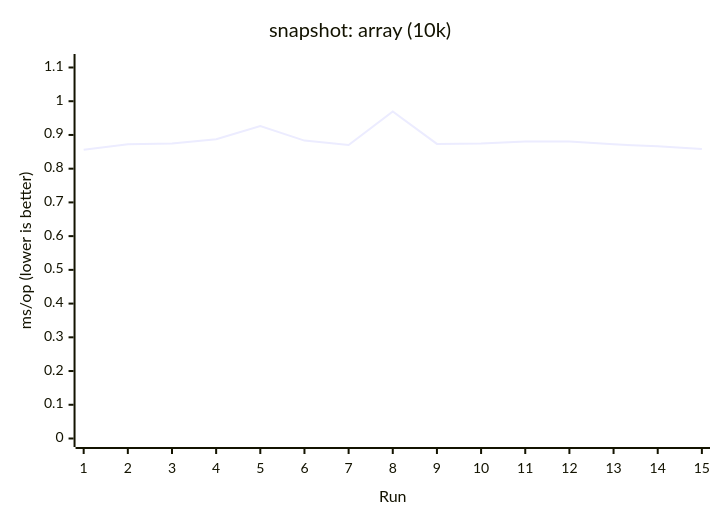
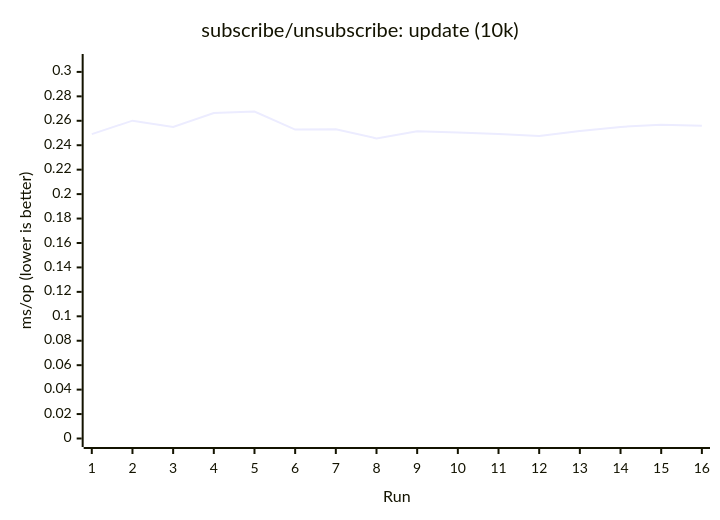
Before and after one commit to AIluffy/io: diagram 16 of 17 in apps/docs/src/content/docs/en/guides/benchmark.mdx, drawn with Mermaid. The commit also changed other lines of this file and 25 other files, not shown here.

````diff
--- a/apps/docs/src/content/docs/en/guides/benchmark.mdx
+++ b/apps/docs/src/content/docs/en/guides/benchmark.mdx
@@ -403,7 +404,7 @@
 ```mermaid
 xychart-beta
-  title "snapshot: array (10k)"
-  x-axis "Run" [1, 2, 3, 4, 5, 6, 7, 8, 9, 10, 11, 12, 13, 14, 15]
-  y-axis "ms/op (lower is better)" 0 --> 1.1148
-  line [0.8558, 0.8727, 0.8746, 0.8872, 0.9264, 0.8833, 0.8703, 0.9694, 0.8734, 0.8747, 0.8803, 0.8805, 0.8721, 0.8662, 0.8586]
+  title "subscribe/unsubscribe: update (10k)"
+  x-axis "Run" [1, 2, 3, 4, 5, 6, 7, 8, 9, 10, 11, 12, 13, 14, 15, 16]
+  y-axis "ms/op (lower is better)" 0 --> 0.3077
+  line [0.2491, 0.2601, 0.2549, 0.2664, 0.2676, 0.2528, 0.2531, 0.2456, 0.2515, 0.2505, 0.2491, 0.2476, 0.2516, 0.255, 0.2567, 0.2559]
 ```
````
